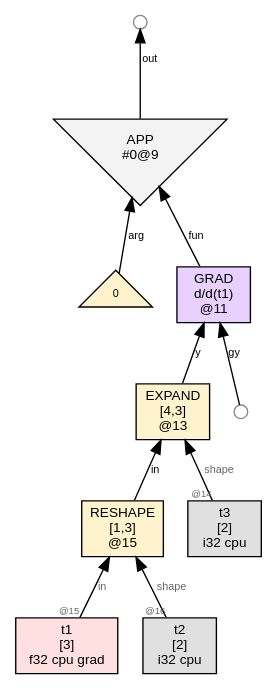
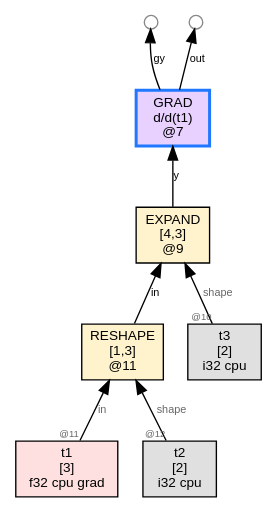
One commit to sw1sh/TinyHVM changed the diagram in wl/examples/thvm_graphs/grad_rules/expand/thvm_0_pre_reduce.dot. Above: the diagram before and after it, drawn with Graphviz. The commit also changed 261 other files, not shown here.

First line of the commit message:
grad: flip gy arrow outward; drop APP wrap; insert explicit GC sweep phase

```diff
--- a/wl/examples/thvm_graphs/grad_rules/expand/thvm_0_pre_reduce.dot
+++ b/wl/examples/thvm_graphs/grad_rules/expand/thvm_0_pre_reduce.dot
@@ -1,25 +1,21 @@
 digraph G {
   rankdir=BT;
   node [fontname="Helvetica", fontsize=10, style=filled, shape=box, margin="0.1,0.05"];
   edge [fontsize=8, fontname="Helvetica"];
 
-  n11 [label="GRAD\nd/d(t1)\n@11", shape=box, fillcolor="#e8d0ff"];
-  n13 -> n11 [label="y"];
-  free11_1 [label="",shape=circle,width=0.14,height=0.14,fixedsize=true,fillcolor="#ffffff",color="#888888",fontsize=1];
-  free11_1 -> n11 [label="gy"];
-  n13 [label="EXPAND\n[4,3]\n@13", shape=box, fillcolor="#fff3cd"];
-  n15 -> n13 [label="in"];
+  n9 [label="EXPAND\n[4,3]\n@9", shape=box, fillcolor="#fff3cd"];
+  n11 -> n9 [label="in"];
   t3 [label="t3\n[2]\ni32 cpu",shape=box,fillcolor="#e0e0e0"];
-  t3 -> n13 [label="shape",taillabel="@14",labelfontsize=7,fontcolor="#666666"];
-  n15 [label="RESHAPE\n[1,3]\n@15", shape=box, fillcolor="#fff3cd"];
+  t3 -> n9 [label="shape",taillabel="@10",labelfontsize=7,fontcolor="#666666"];
+  n11 [label="RESHAPE\n[1,3]\n@11", shape=box, fillcolor="#fff3cd"];
   t1 [label="t1\n[3]\nf32 cpu grad",shape=box,fillcolor="#ffe0e0"];
-  t1 -> n15 [label="in",taillabel="@15",labelfontsize=7,fontcolor="#666666"];
+  t1 -> n11 [label="in",taillabel="@11",labelfontsize=7,fontcolor="#666666"];
   t2 [label="t2\n[2]\ni32 cpu",shape=box,fillcolor="#e0e0e0"];
-  t2 -> n15 [label="shape",taillabel="@16",labelfontsize=7,fontcolor="#666666"];
-  n9 [label="APP\n#0@9", shape=invtriangle, fillcolor="#f3f3f3"];
-  n11 -> n9 [label="fun"];
-  num_app9_1 [label="0",shape=triangle,fillcolor="#fff2cc",fontsize=8];
-  num_app9_1 -> n9 [label="arg"];
-  free9_1000 [label="",shape=circle,width=0.14,height=0.14,fixedsize=true,fillcolor="#ffffff",color="#888888",fontsize=1];
-  n9 -> free9_1000 [label="out"];
+  t2 -> n11 [label="shape",taillabel="@12",labelfontsize=7,fontcolor="#666666"];
+  n7 [label="GRAD\nd/d(t1)\n@7", shape=box, fillcolor="#e8d0ff",color="#1f78ff",penwidth=2.2];
+  n9 -> n7 [label="y"];
+  free7_1 [label="",shape=circle,width=0.14,height=0.14,fixedsize=true,fillcolor="#ffffff",color="#888888",fontsize=1];
+  n7 -> free7_1 [label="gy"];
+  free7_1000 [label="",shape=circle,width=0.14,height=0.14,fixedsize=true,fillcolor="#ffffff",color="#888888",fontsize=1];
+  n7 -> free7_1000 [label="out"];
 }
```
